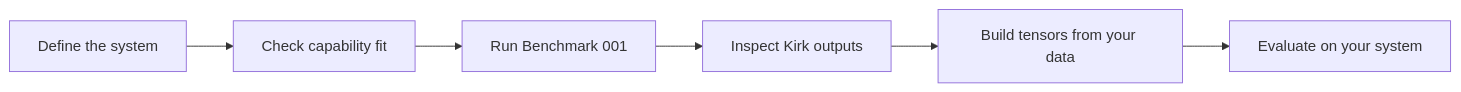
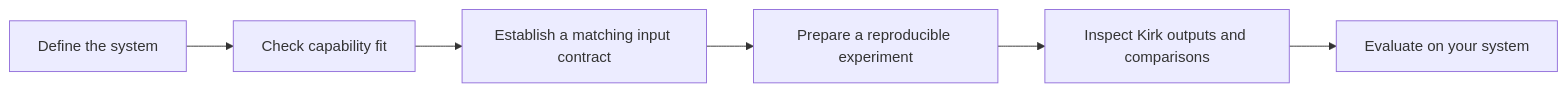
The diagram in START_HERE.md (Kavara-AI/kirk-developer-guide), drawn with Mermaid before and after one commit. The commit also changed other lines of this file and 9 other files, not shown here.

````diff
--- a/START_HERE.md
+++ b/START_HERE.md
@@ -33,8 +38,8 @@
 ```mermaid
 flowchart LR
     A[Define the system] --> B[Check capability fit]
-    B --> C[Run Benchmark 001]
-    C --> D[Inspect Kirk outputs]
-    D --> E[Build tensors from your data]
+    B --> C[Establish a matching input contract]
+    C --> D[Prepare a reproducible experiment]
+    D --> E[Inspect Kirk outputs and comparisons]
     E --> F[Evaluate on your system]
 ```
````
